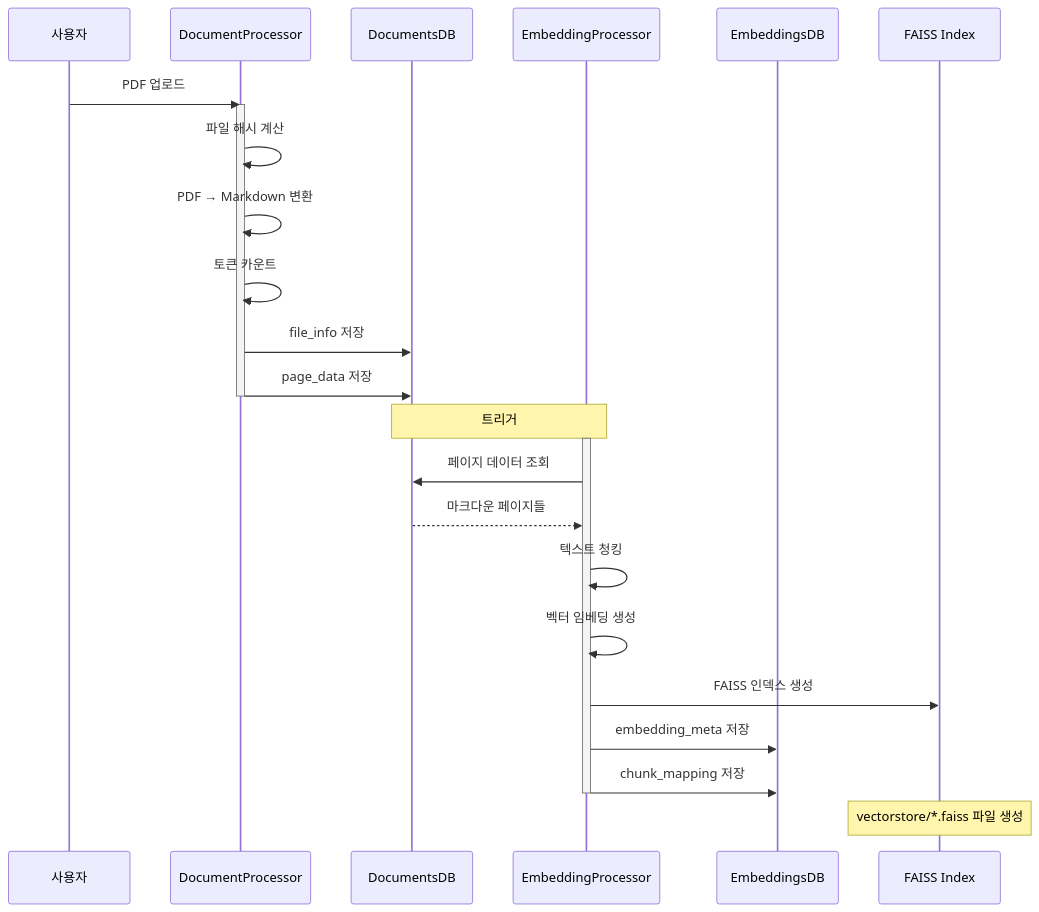
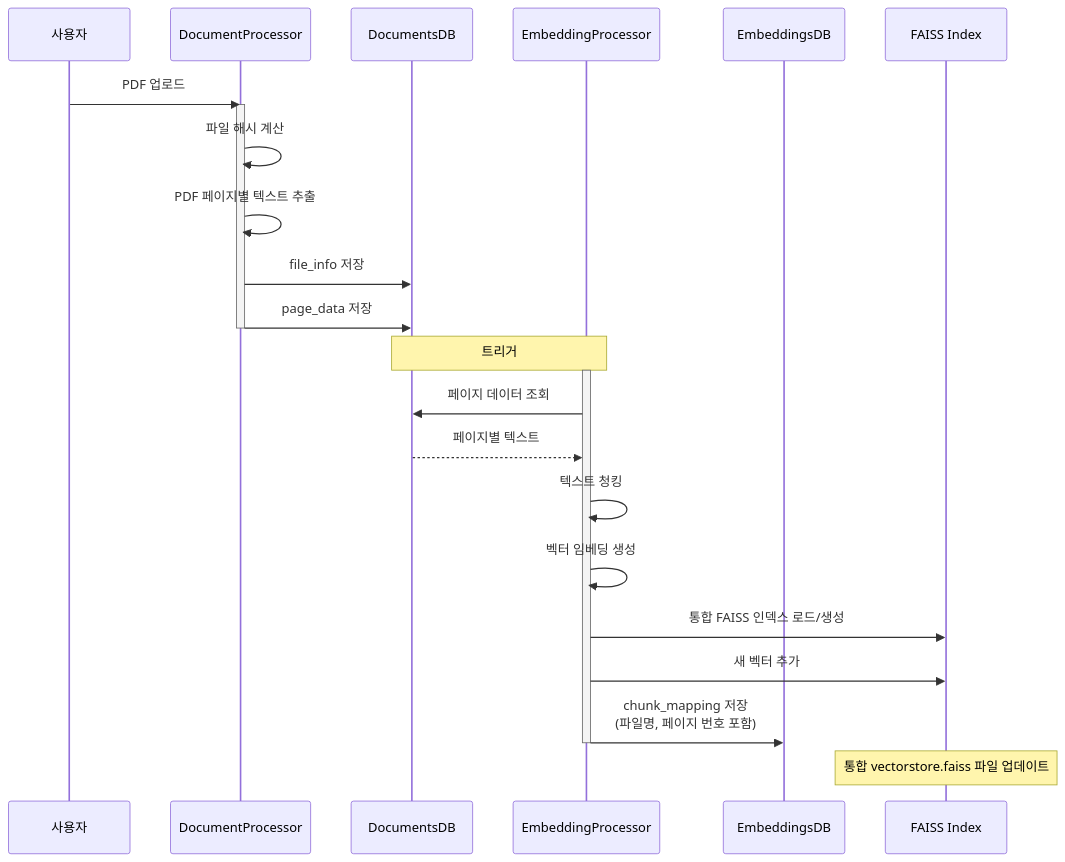
One commit to c0z0c/codeit_ai_g2b_search changed the fifth of 11 diagrams in docs/doc/시스템_아키텍처_설계서.md. Above: the diagram before and after it, drawn with Mermaid. The commit also changed other lines of this file and 7 other files, not shown here.

````diff
--- a/docs/doc/시스템_아키텍처_설계서.md
+++ b/docs/doc/시스템_아키텍처_설계서.md
@@ -557,32 +564,31 @@
 ```mermaid
 sequenceDiagram
     participant User as 사용자
     participant DP as DocumentProcessor
     participant DDB as DocumentsDB
     participant EP as EmbeddingProcessor
     participant EDB as EmbeddingsDB
     participant FAISS as FAISS Index
 
     User->>DP: PDF 업로드
     activate DP
     DP->>DP: 파일 해시 계산
-    DP->>DP: PDF → Markdown 변환
-    DP->>DP: 토큰 카운트
+    DP->>DP: PDF 페이지별 텍스트 추출
     DP->>DDB: file_info 저장
     DP->>DDB: page_data 저장
     deactivate DP
 
     Note over DDB,EP: 트리거
 
     activate EP
     EP->>DDB: 페이지 데이터 조회
-    DDB-->>EP: 마크다운 페이지들
+    DDB-->>EP: 페이지별 텍스트
     EP->>EP: 텍스트 청킹
     EP->>EP: 벡터 임베딩 생성
-    EP->>FAISS: FAISS 인덱스 생성
-    EP->>EDB: embedding_meta 저장
-    EP->>EDB: chunk_mapping 저장
+    EP->>FAISS: 통합 FAISS 인덱스 로드/생성
+    EP->>FAISS: 새 벡터 추가
+    EP->>EDB: chunk_mapping 저장<br/>(파일명, 페이지 번호 포함)
     deactivate EP
 
-    Note over FAISS: vectorstore/*.faiss 파일 생성
+    Note over FAISS: 통합 vectorstore.faiss 파일 업데이트
 ```
````
